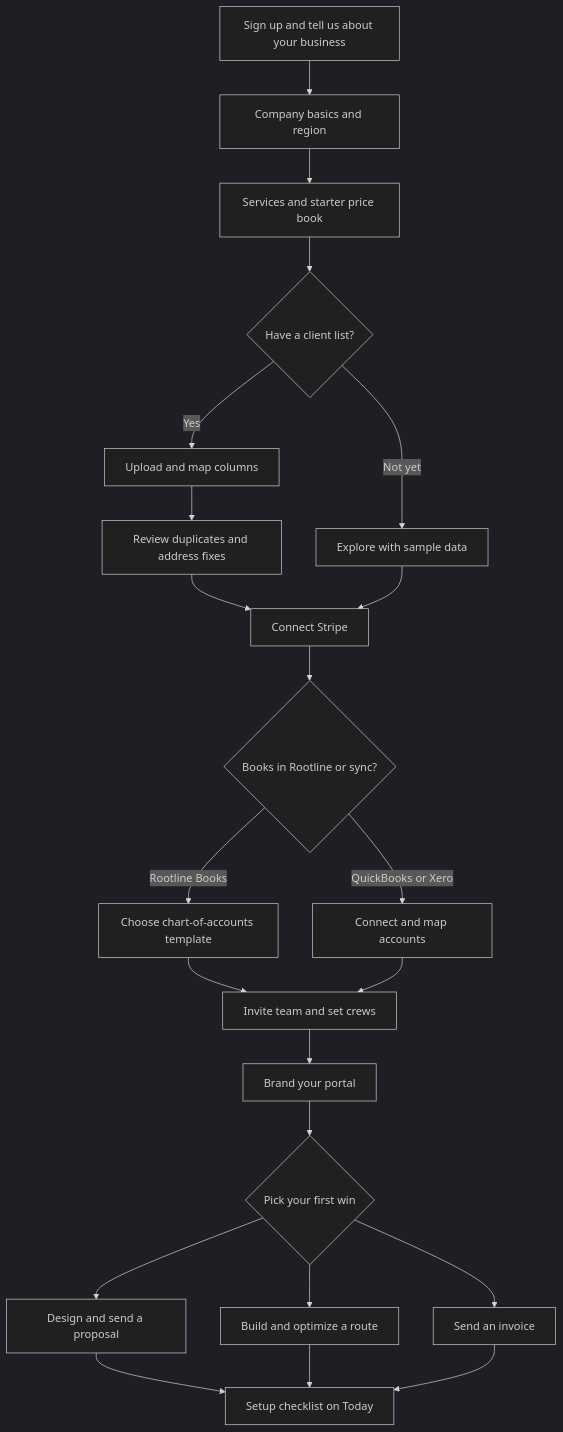
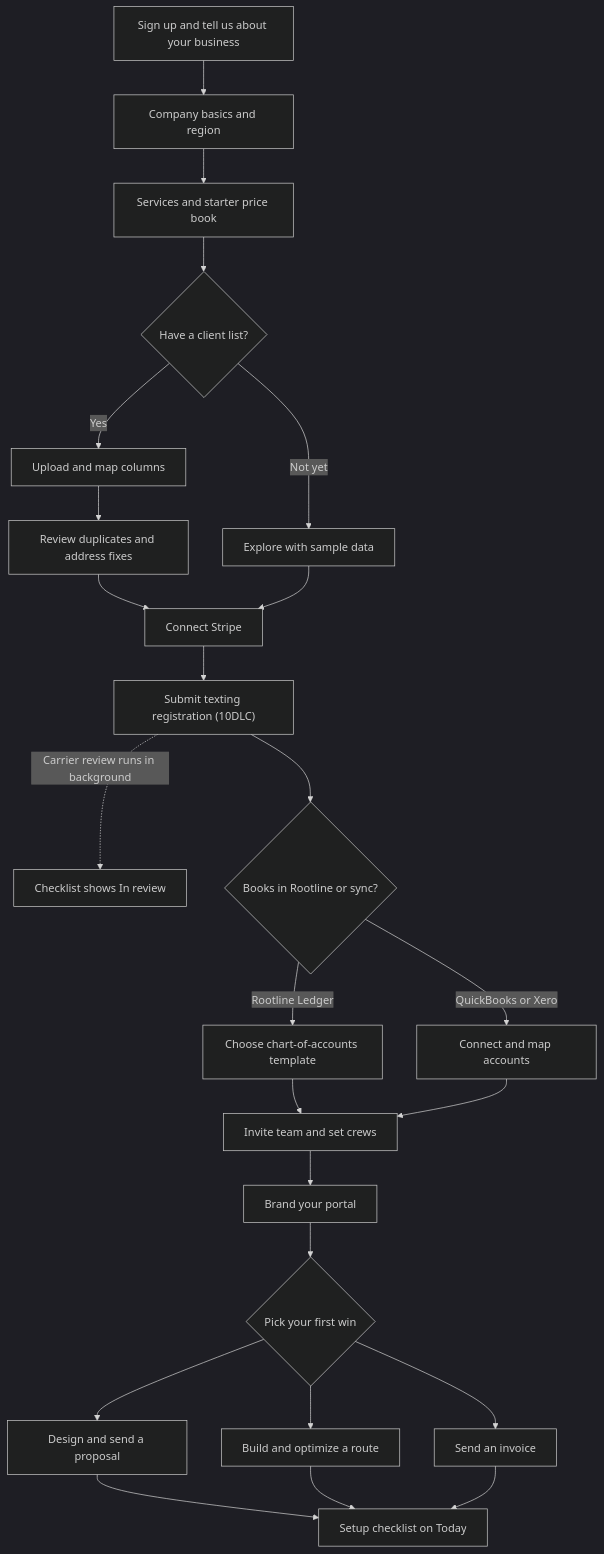
One commit to jdinard/landscape changed the seventh of 12 diagrams in docs/21-ux-design-system-sitemaps.md. Above: the diagram before and after it, drawn with Mermaid (dark theme). The commit also changed other lines of this file and 14 other files, not shown here.

First line of the commit message:
WIP: platform admin portal (19) and architecture (20) docs reviewed

````diff
--- a/docs/21-ux-design-system-sitemaps.md
+++ b/docs/21-ux-design-system-sitemaps.md
@@ -1248,24 +1323,26 @@
 ```mermaid
 flowchart TD
   SIGNUP["Sign up and tell us about your business"] --> BASICS["Company basics and region"]
   BASICS --> SERVICES["Services and starter price book"]
   SERVICES --> IMPORT{"Have a client list?"}
   IMPORT -->|"Yes"| MAP["Upload and map columns"]
   MAP --> DEDUPE["Review duplicates and address fixes"]
   IMPORT -->|"Not yet"| SAMPLE["Explore with sample data"]
   DEDUPE --> STRIPE["Connect Stripe"]
   SAMPLE --> STRIPE
-  STRIPE --> BOOKS{"Books in Rootline or sync?"}
-  BOOKS -->|"Rootline Books"| COA["Choose chart-of-accounts template"]
+  STRIPE --> TEXT["Submit texting registration (10DLC)"]
+  TEXT -.->|"Carrier review runs in background"| CHECK["Checklist shows In review"]
+  TEXT --> BOOKS{"Books in Rootline or sync?"}
+  BOOKS -->|"Rootline Ledger"| COA["Choose chart-of-accounts template"]
   BOOKS -->|"QuickBooks or Xero"| SYNC["Connect and map accounts"]
   COA --> TEAM["Invite team and set crews"]
   SYNC --> TEAM
   TEAM --> BRAND["Brand your portal"]
   BRAND --> WIN{"Pick your first win"}
   WIN --> W1["Design and send a proposal"]
   WIN --> W2["Build and optimize a route"]
   WIN --> W3["Send an invoice"]
   W1 --> DONE["Setup checklist on Today"]
   W2 --> DONE
   W3 --> DONE
 ```
````
